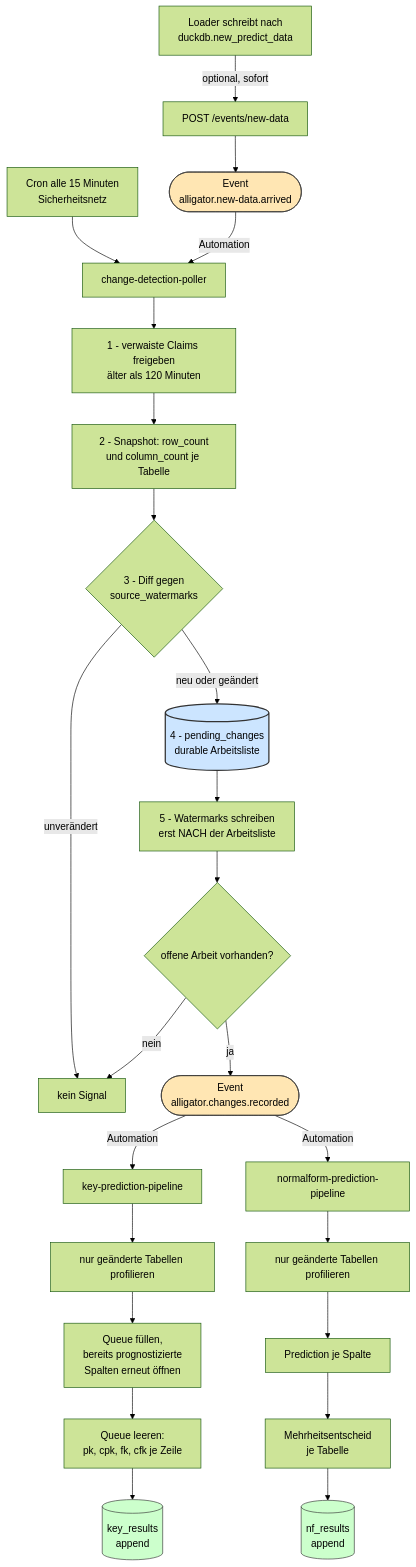
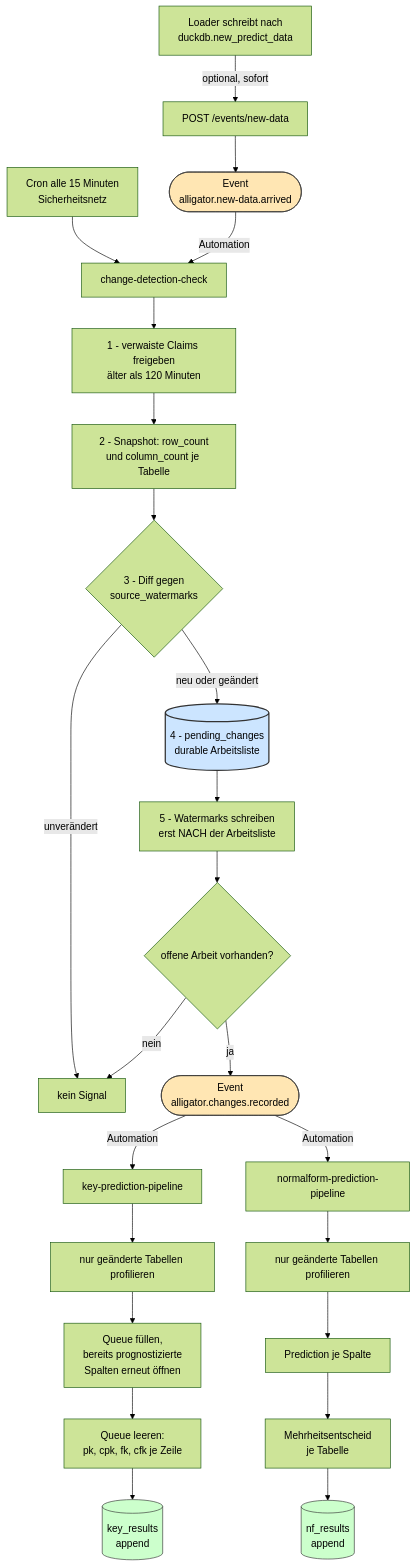
The second of 3 diagrams in documentation/flowchart.md (ChrDro/mlops-alligator-metaswamp), drawn with Mermaid (forest theme) before and after one commit. The commit also changed other lines of this file and 28 other files, not shown here.

Commit message:
Added pytest to pre-commit, renamed test_curl_notify_new_data.sh to trigger_prefect_pipeline.sh, change name of task change-detection-poller to change-detection-check

````diff
--- a/documentation/flowchart.md
+++ b/documentation/flowchart.md
@@ -103,38 +103,38 @@
 ```mermaid
 graph TD
     LOADER["Loader schreibt nach<br/>duckdb.new_predict_data"]
     LOADER -->|"optional, sofort"| WH["POST /events/new-data"]
     WH --> EV1(["Event<br/>alligator.new-data.arrived"])
     CRON["Cron alle 15 Minuten<br/>Sicherheitsnetz"] --> DET
 
-    EV1 -->|"Automation"| DET["change-detection-poller"]
+    EV1 -->|"Automation"| DET["change-detection-check"]
 
     DET --> R1["1 - verwaiste Claims freigeben<br/>älter als 120 Minuten"]
     R1 --> R2["2 - Snapshot: row_count<br/>und column_count je Tabelle"]
     R2 --> R3{"3 - Diff gegen<br/>source_watermarks"}
     R3 -->|"neu oder geändert"| R4[("4 - pending_changes<br/>durable Arbeitsliste")]
     R3 -->|"unverändert"| STOP["kein Signal"]
     R4 --> R5["5 - Watermarks schreiben<br/>erst NACH der Arbeitsliste"]
     R5 --> R6{"offene Arbeit vorhanden?"}
     R6 -->|"ja"| EV2(["Event<br/>alligator.changes.recorded"])
     R6 -->|"nein"| STOP
 
     EV2 -->|"Automation"| P1["key-prediction-pipeline"]
     EV2 -->|"Automation"| P2["normalform-prediction-pipeline"]
 
     P1 --> Q1["nur geänderte Tabellen profilieren"]
     Q1 --> Q2["Queue füllen,<br/>bereits prognostizierte<br/>Spalten erneut öffnen"]
     Q2 --> Q3["Queue leeren:<br/>pk, cpk, fk, cfk je Zeile"]
     Q3 --> Q4[("key_results<br/>append")]
 
     P2 --> N1["nur geänderte Tabellen profilieren"]
     N1 --> N2["Prediction je Spalte"]
     N2 --> N3["Mehrheitsentscheid<br/>je Tabelle"]
     N3 --> N4[("nf_results<br/>append")]
 
     style EV1 fill:#ffe6b3,stroke:#333
     style EV2 fill:#ffe6b3,stroke:#333
     style R4 fill:#cce5ff,stroke:#333,stroke-width:2px
     style Q4 fill:#cfc,stroke:#333
     style N4 fill:#cfc,stroke:#333
 ```
````
